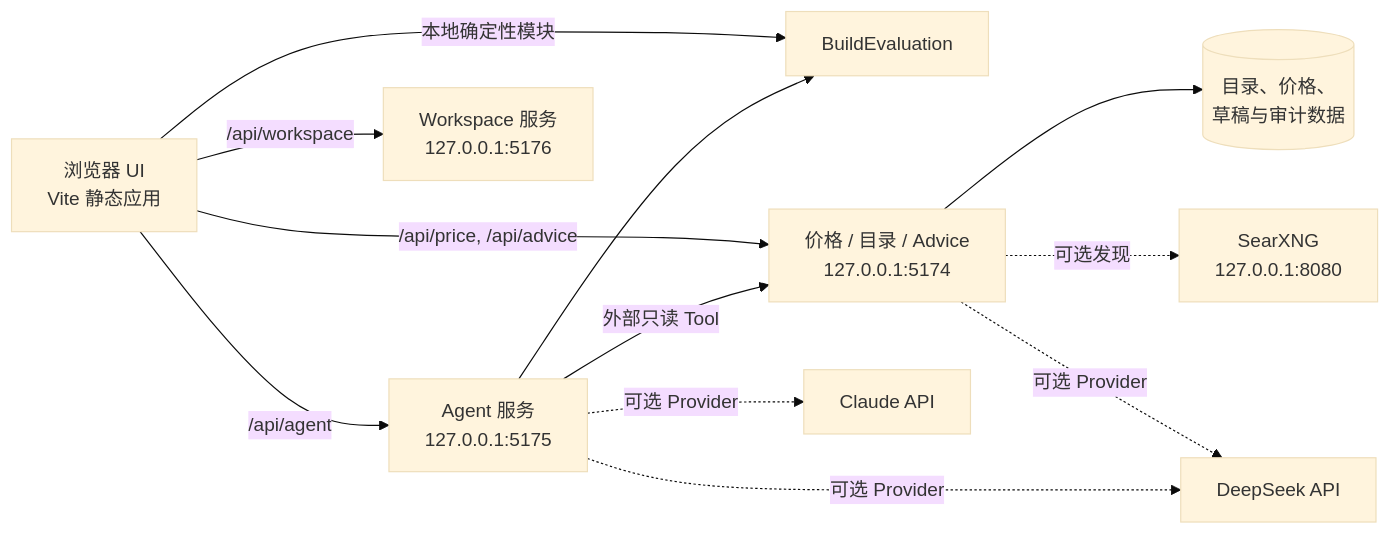
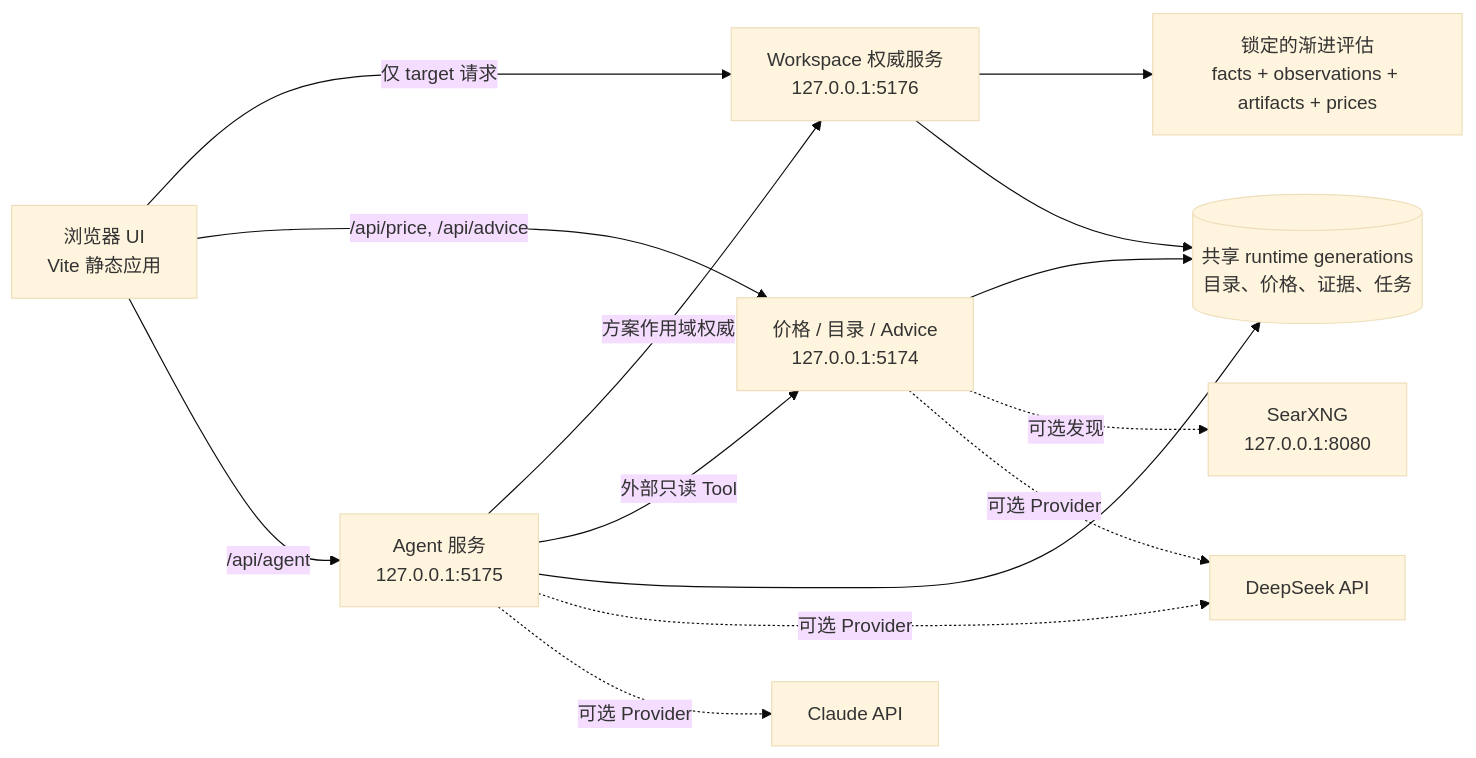
Before and after one commit to Mankindevil/Build-sim-: the diagram in README.zh-CN.md, drawn with Mermaid (base theme). The commit also changed other lines of this file and 658 other files, not shown here.

````diff
--- a/README.zh-CN.md
+++ b/README.zh-CN.md
@@ -114,14 +115,16 @@
 ```mermaid
 flowchart LR
-  B[浏览器 UI<br/>Vite 静态应用] -->|本地确定性模块| E[BuildEvaluation]
+  B[浏览器 UI<br/>Vite 静态应用] -->|仅 target 请求| W[Workspace 权威服务<br/>127.0.0.1:5176]
   B -->|/api/price, /api/advice| P[价格 / 目录 / Advice<br/>127.0.0.1:5174]
   B -->|/api/agent| A[Agent 服务<br/>127.0.0.1:5175]
-  B -->|/api/workspace| W[Workspace 服务<br/>127.0.0.1:5176]
-  A --> E
+  W --> E[锁定的渐进评估<br/>facts + observations + artifacts + prices]
+  A -->|方案作用域权威| W
   A -->|外部只读 Tool| P
-  P --> D[(目录、价格、<br/>草稿与审计数据)]
+  P --> D[(共享 runtime generations<br/>目录、价格、证据、任务)]
+  W --> D
+  A --> D
   P -. 可选发现 .-> S[SearXNG<br/>127.0.0.1:8080]
   P -. 可选 Provider .-> DS[DeepSeek API]
   A -. 可选 Provider .-> DS
   A -. 可选 Provider .-> C[Claude API]
 ```
````
